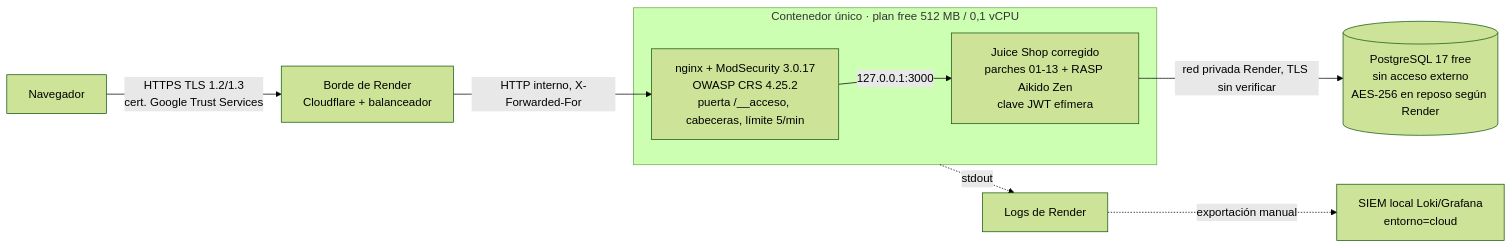
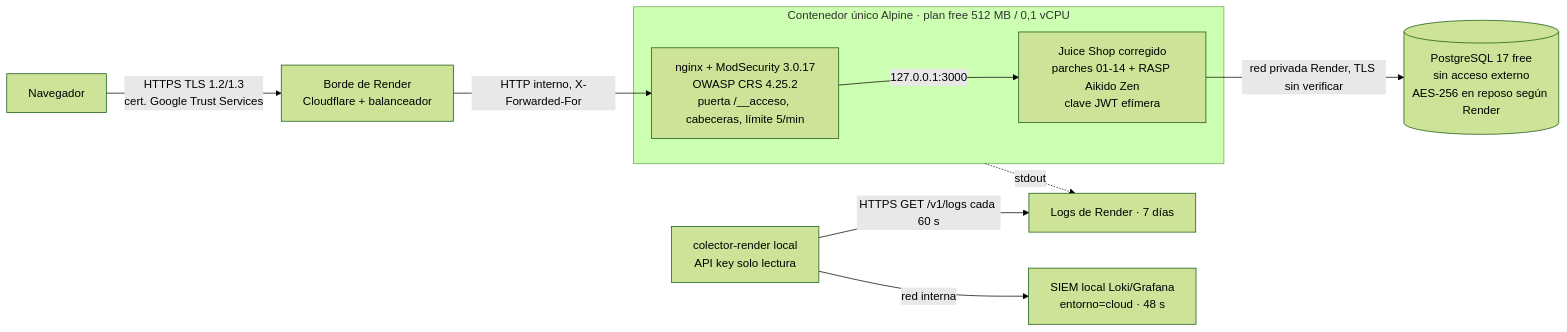
One commit to jmolinap1-universidad/juice-shop-lab changed the diagram in docs/cierre-tecnico/DESPLIEGUE_CLOUD_RENDER.md. Above: the diagram before and after it, drawn with Mermaid (forest theme). The commit also changed other lines of this file and 41 other files, not shown here.

First line of the commit message:
Cierre de brechas (3/3): nube validada en Render, riesgo R21 real, trazabilidad cloud y matriz de las seis fases

````diff
--- a/docs/cierre-tecnico/DESPLIEGUE_CLOUD_RENDER.md
+++ b/docs/cierre-tecnico/DESPLIEGUE_CLOUD_RENDER.md
@@ -18,11 +21,12 @@
 ```mermaid
 flowchart LR
   U[Navegador] -->|HTTPS TLS 1.2/1.3<br/>cert. Google Trust Services| CF[Borde de Render<br/>Cloudflare + balanceador]
   CF -->|HTTP interno, X-Forwarded-For| W
-  subgraph C[Contenedor único · plan free 512 MB / 0,1 vCPU]
-    W[nginx + ModSecurity 3.0.17<br/>OWASP CRS 4.25.2<br/>puerta /__acceso, cabeceras, límite 5/min] -->|127.0.0.1:3000| A[Juice Shop corregido<br/>parches 01-13 + RASP Aikido Zen<br/>clave JWT efímera]
+  subgraph C[Contenedor único Alpine · plan free 512 MB / 0,1 vCPU]
+    W[nginx + ModSecurity 3.0.17<br/>OWASP CRS 4.25.2<br/>puerta /__acceso, cabeceras, límite 5/min] -->|127.0.0.1:3000| A[Juice Shop corregido<br/>parches 01-14 + RASP Aikido Zen<br/>clave JWT efímera]
   end
   A -->|red privada Render, TLS sin verificar| DB[(PostgreSQL 17 free<br/>sin acceso externo<br/>AES-256 en reposo según Render)]
-  C -. stdout .-> L[Logs de Render]
-  L -. exportación manual .-> S[SIEM local Loki/Grafana<br/>entorno=cloud]
+  C -. stdout .-> L[Logs de Render · 7 días]
+  K[colector-render local<br/>API key solo lectura] -->|HTTPS GET /v1/logs cada 60 s| L
+  K -->|red interna| S[SIEM local Loki/Grafana<br/>entorno=cloud · 48 s]
 ```
````
